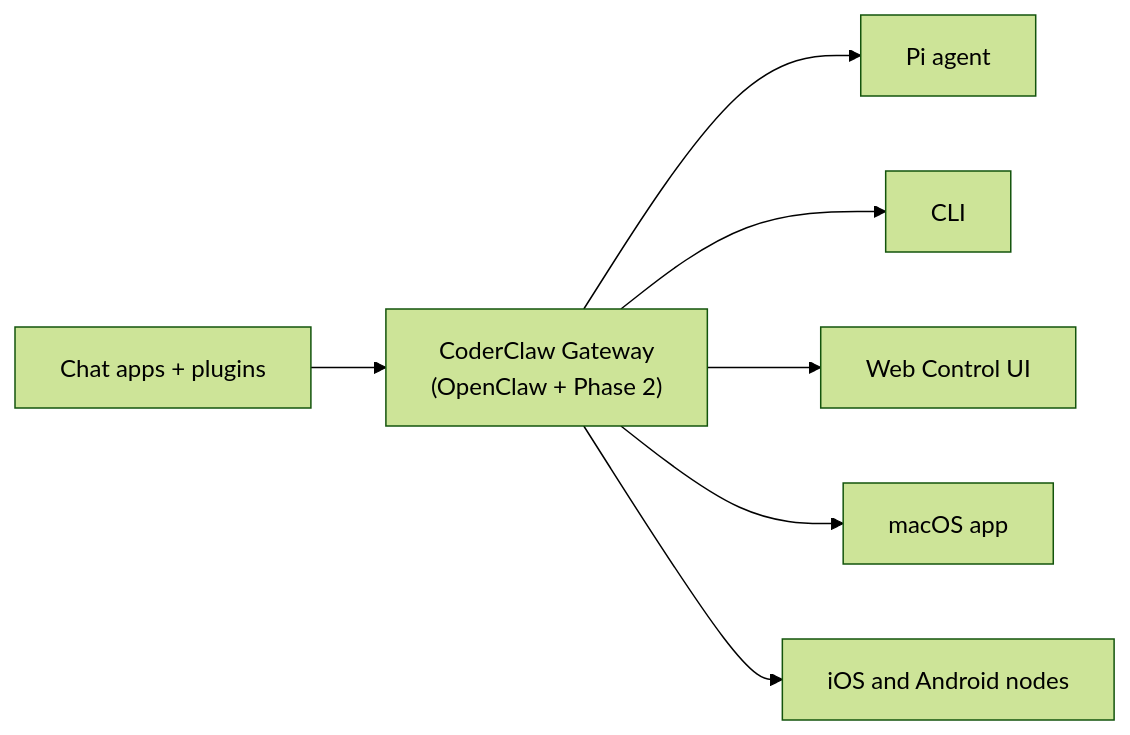
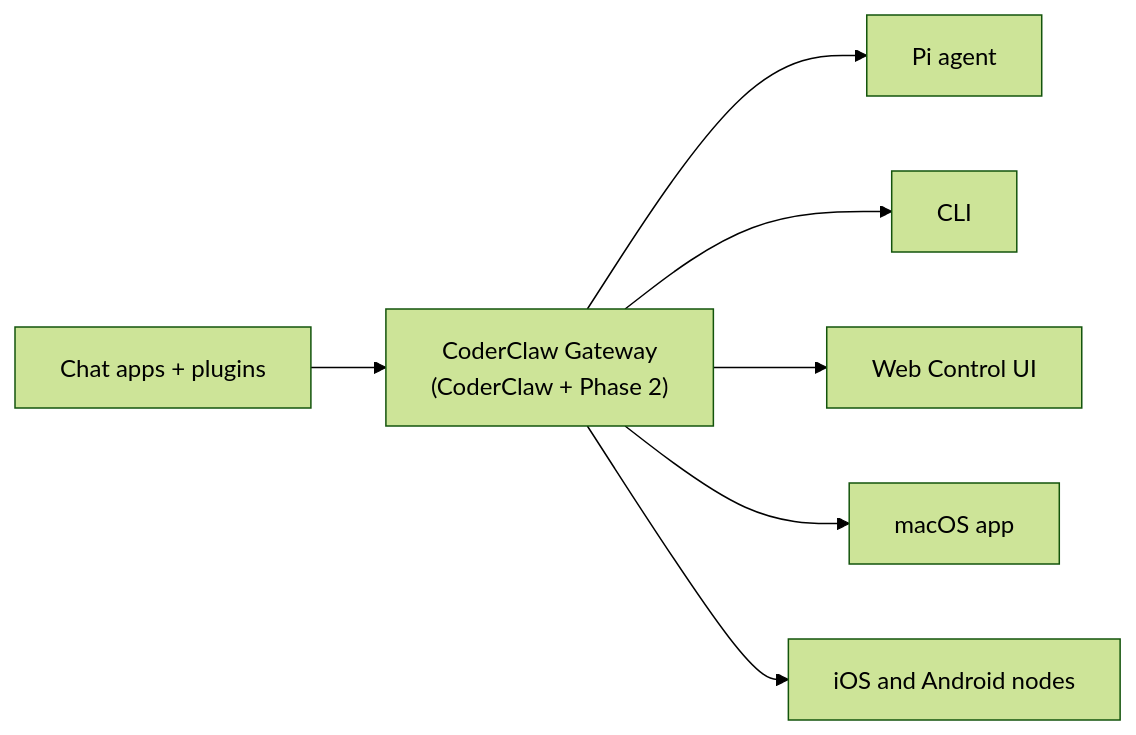
One commit to SeanHogg/coderClaw changed the diagram in docs/index.md. Above: the diagram before and after it, drawn with Mermaid (forest theme). The commit also changed other lines of this file and 3042 other files, not shown here.

````diff
--- a/docs/index.md
+++ b/docs/index.md
@@ -62,9 +62,9 @@
 ```mermaid
 flowchart LR
-  A["Chat apps + plugins"] --> B["CoderClaw Gateway<br/>(OpenClaw + Phase 2)"]
+  A["Chat apps + plugins"] --> B["CoderClaw Gateway<br/>(CoderClaw + Phase 2)"]
   B --> C["Pi agent"]
   B --> D["CLI"]
   B --> E["Web Control UI"]
   B --> F["macOS app"]
   B --> G["iOS and Android nodes"]
 ```
````
